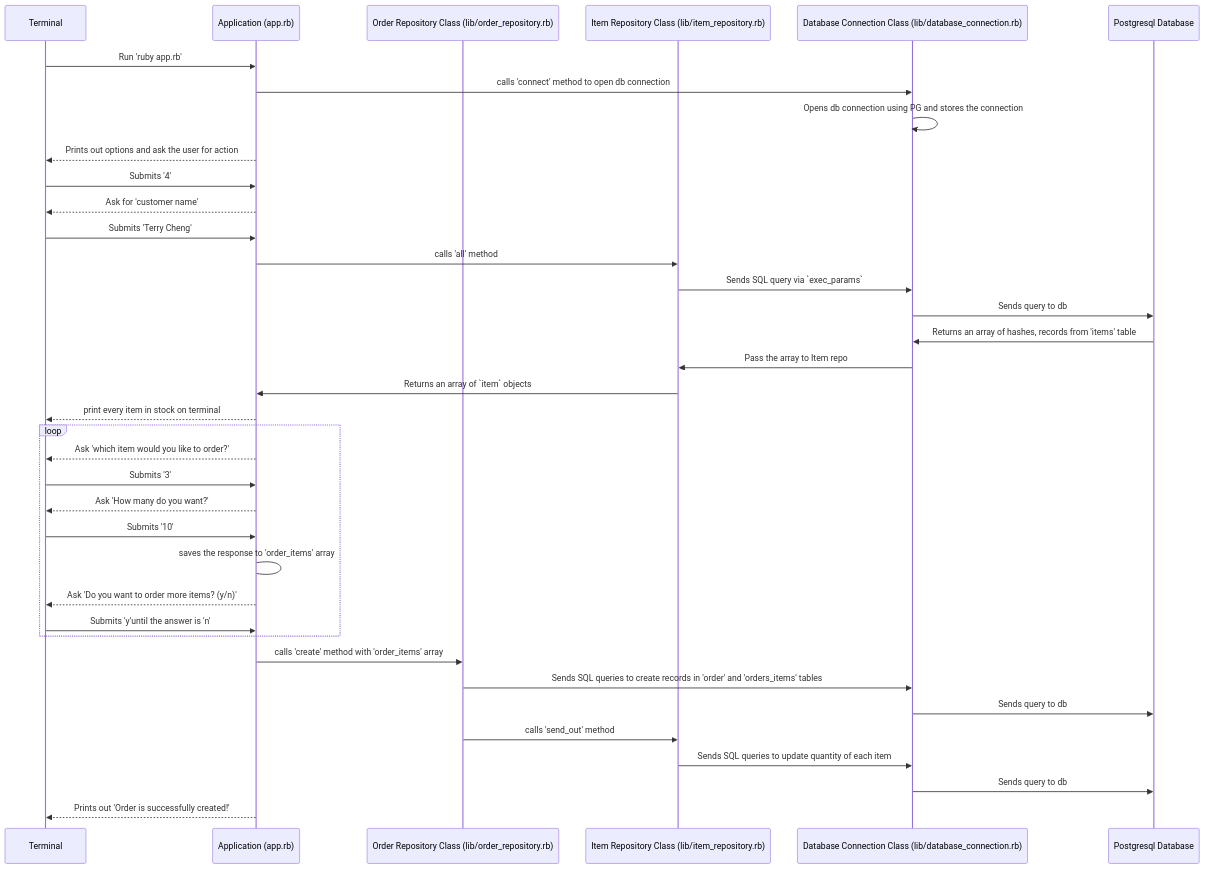
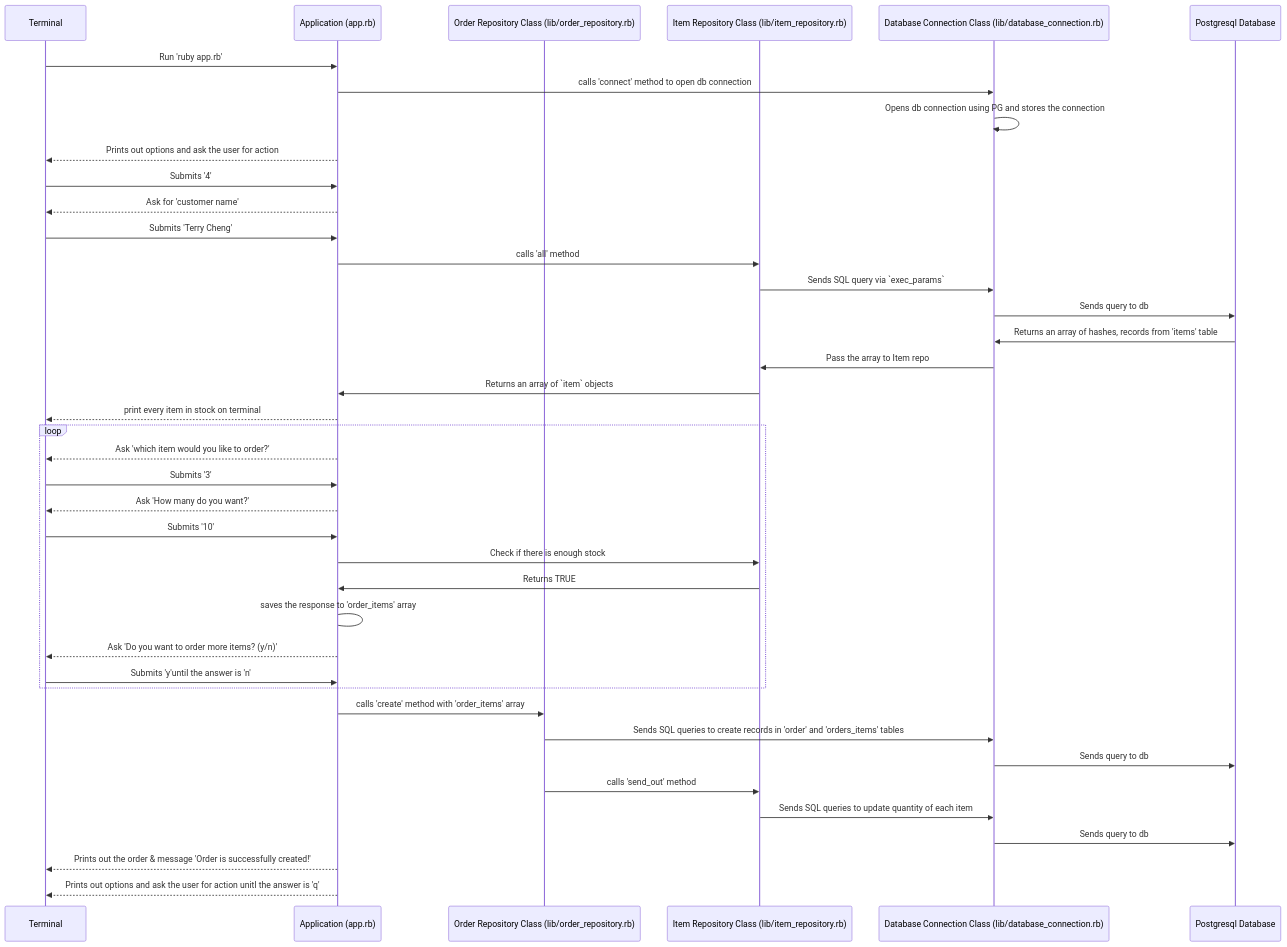
Before and after one commit to makersacademy/shop-manager-challenge: the second of 2 diagrams in README.md, drawn with Mermaid. The commit also changed other lines of this file and 6 other files, not shown here.

````diff
--- a/README.md
+++ b/README.md
@@ -142,40 +147,43 @@
 ```mermaid
 sequenceDiagram
 	participant T as Terminal
 	participant App as Application (app.rb)
 	participant OR as Order Repository Class (lib/order_repository.rb)
 	participant IR as Item Repository Class (lib/item_repository.rb)
 	participant DC as Database Connection Class (lib/database_connection.rb)
 	participant DB as Postgresql Database
 
 	T->>App : Run 'ruby app.rb'
 	App->>DC : calls 'connect' method to open db connection
 	DC->>DC: Opens db connection using PG and stores the connection
 	App-->>T: Prints out options and ask the user for action
 	T->>App : Submits '4'
 	App-->>T: Ask for 'customer name'
 	T->>App: Submits 'Terry Cheng'
 	App->>IR: calls 'all' method
 	IR->>DC: Sends SQL query via `exec_params`
 	DC->>DB: Sends query to db
 	DB->>DC: Returns an array of hashes, records from 'items' table
 	DC->>IR: Pass the array to Item repo
 	IR->>App: Returns an array of `item` objects
 	App-->>T: print every item in stock on terminal
 	loop
 		App-->>T: Ask 'which item would you like to order?'
 		T->>App: Submits '3'
 		App-->>T: Ask 'How many do you want?'
 		T->>App: Submits '10'
+    App->>IR: Check if there is enough stock
+    IR->>App: Returns TRUE
 		App->App: saves the response to 'order_items' array
 		App-->>T: Ask 'Do you want to order more items? (y/n)'
 		T->>App: Submits 'y'until the answer is 'n'
 	end
 	App->>OR: calls 'create' method with 'order_items' array
 	OR->>DC: Sends SQL queries to create records in 'order' and 'orders_items' tables
 	DC->>DB: Sends query to db
 	OR->>IR: calls 'send_out' method
 	IR->>DC: Sends SQL queries to update quantity of each item
 	DC->>DB: Sends query to db
-	App-->>T: Prints out 'Order is successfully created!'
+	App-->>T: Prints out the order & message 'Order is successfully created!'
+  App-->>T: Prints out options and ask the user for action unitl the answer is 'q'
 ```
````
